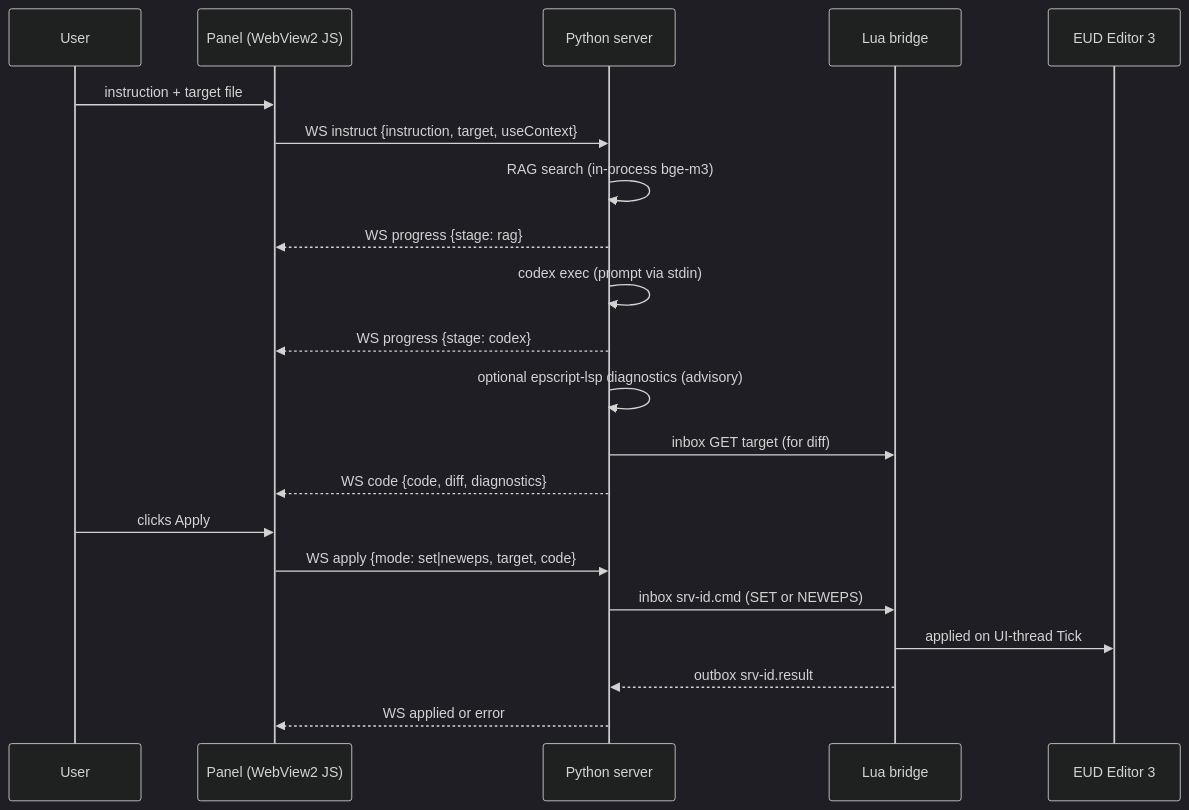
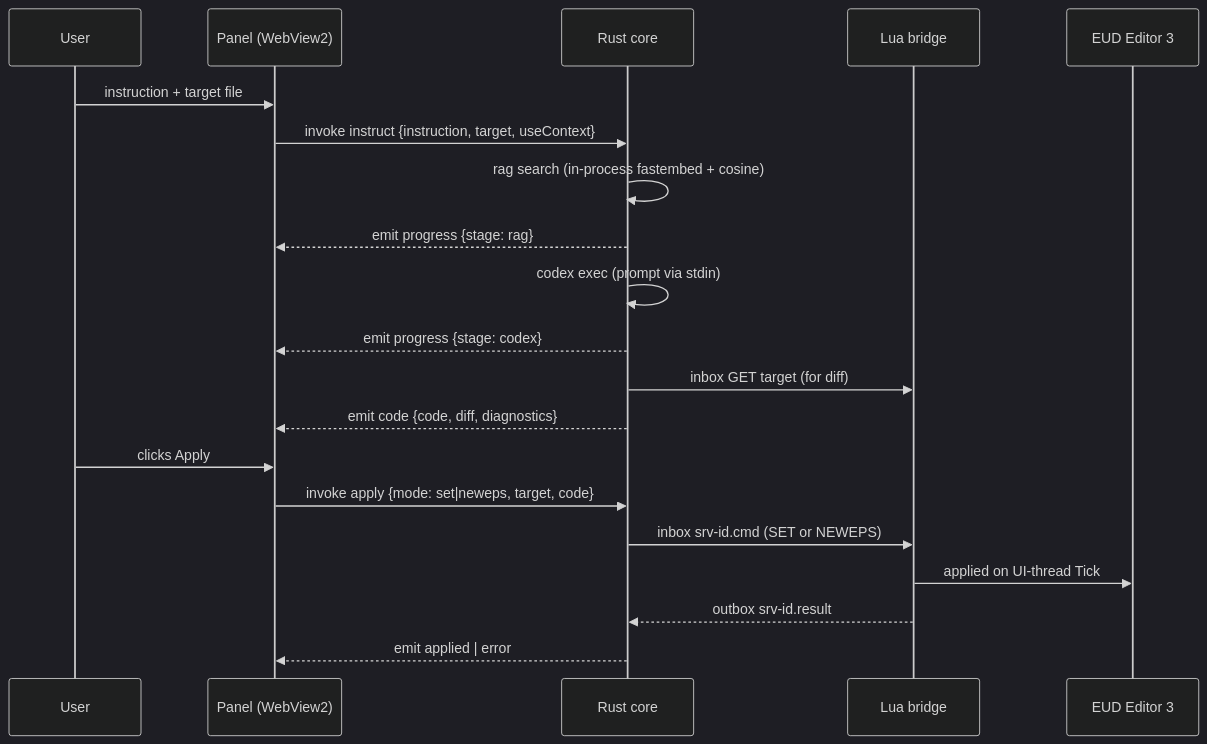
Before and after one commit to raravel/eud-agent: the second of 3 diagrams in hivemind/docs/architecture.md, drawn with Mermaid (dark theme). The commit also changed other lines of this file and 48 other files, not shown here.

````diff
--- a/hivemind/docs/architecture.md
+++ b/hivemind/docs/architecture.md
@@ -36,23 +62,22 @@
 ```mermaid
 sequenceDiagram
     participant U as User
-    participant P as Panel (WebView2 JS)
-    participant S as Python server
+    participant P as Panel (WebView2)
+    participant C as Rust core
     participant L as Lua bridge
     participant E as EUD Editor 3
     U->>P: instruction + target file
-    P->>S: WS instruct {instruction, target, useContext}
-    S->>S: RAG search (in-process bge-m3)
-    S-->>P: WS progress {stage: rag}
-    S->>S: codex exec (prompt via stdin)
-    S-->>P: WS progress {stage: codex}
-    S->>S: optional epscript-lsp diagnostics (advisory)
-    S->>L: inbox GET target (for diff)
-    S-->>P: WS code {code, diff, diagnostics}
+    P->>C: invoke instruct {instruction, target, useContext}
+    C->>C: rag search (in-process fastembed + cosine)
+    C-->>P: emit progress {stage: rag}
+    C->>C: codex exec (prompt via stdin)
+    C-->>P: emit progress {stage: codex}
+    C->>L: inbox GET target (for diff)
+    C-->>P: emit code {code, diff, diagnostics}
     U->>P: clicks Apply
-    P->>S: WS apply {mode: set|neweps, target, code}
-    S->>L: inbox srv-id.cmd (SET or NEWEPS)
+    P->>C: invoke apply {mode: set|neweps, target, code}
+    C->>L: inbox srv-id.cmd (SET or NEWEPS)
     L->>E: applied on UI-thread Tick
-    L-->>S: outbox srv-id.result
-    S-->>P: WS applied or error
+    L-->>C: outbox srv-id.result
+    C-->>P: emit applied | error
 ```
````
